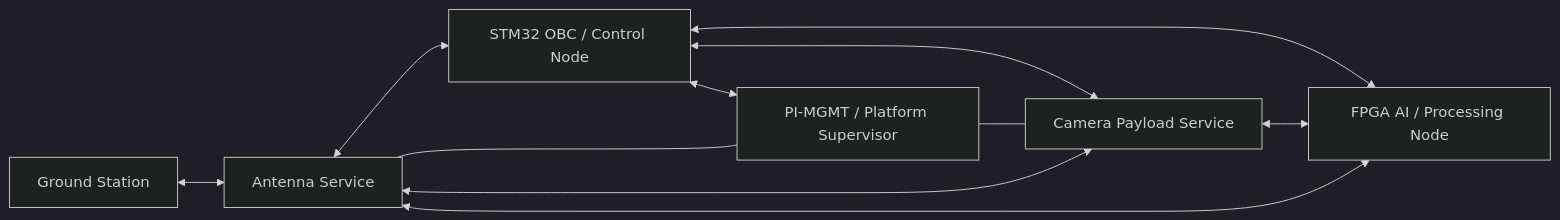
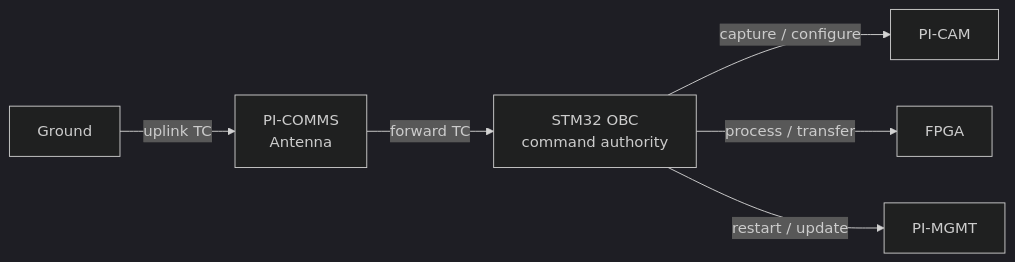
The fifth of 10 diagrams in docs/architecture.md (ExoSpaceLabs/exn), drawn with Mermaid (dark theme) before and after one commit. The commit also changed other lines of this file and 9 other files, not shown here.

First line of the commit message:
docs(exn): clarify logical architecture and replace ASCII diagrams (#7)

````diff
--- a/docs/architecture.md
+++ b/docs/architecture.md
@@ -45,20 +206,15 @@
 ```mermaid
-graph LR
-  GS[Ground Station]
-  OBC[STM32 OBC / Control Node]
-  CAM[Camera Payload Service]
-  ANT[Antenna Service]
-  PM[PI-MGMT / Platform Supervisor]
-  FPGA[FPGA AI / Processing Node]
+flowchart LR
+  GS["Ground"]
+  ANT["PI-COMMS<br/>Antenna"]
+  OBC["STM32 OBC<br/>command authority"]
+  CAM["PI-CAM"]
+  FPGA["FPGA"]
+  PM["PI-MGMT"]
 
-  GS <--> ANT
-  ANT <--> OBC
-  OBC <--> CAM
-  OBC <--> PM
-  OBC <--> FPGA
-  PM --- CAM
-  PM --- ANT
-  CAM <--> FPGA
-  CAM <--> ANT
-  FPGA <--> ANT
+  GS -->|"uplink TC"| ANT
+  ANT -->|"forward TC"| OBC
+  OBC -->|"capture / configure"| CAM
+  OBC -->|"process / transfer"| FPGA
+  OBC -->|"restart / update"| PM
 ```
````
